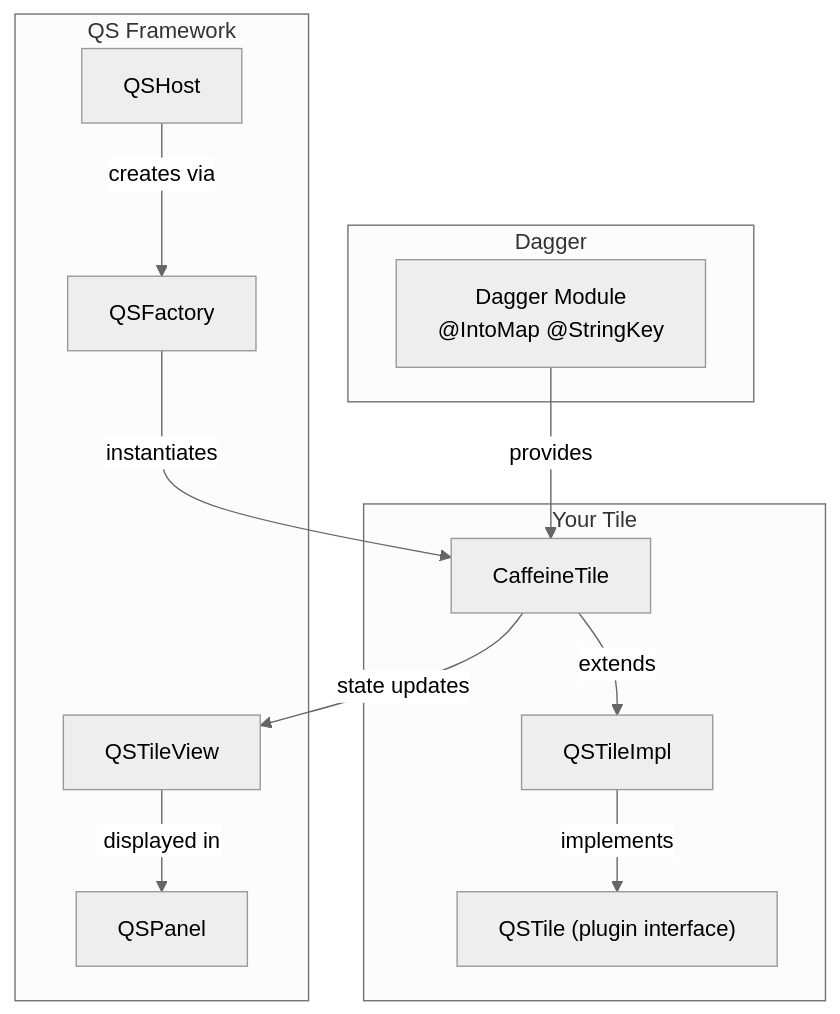
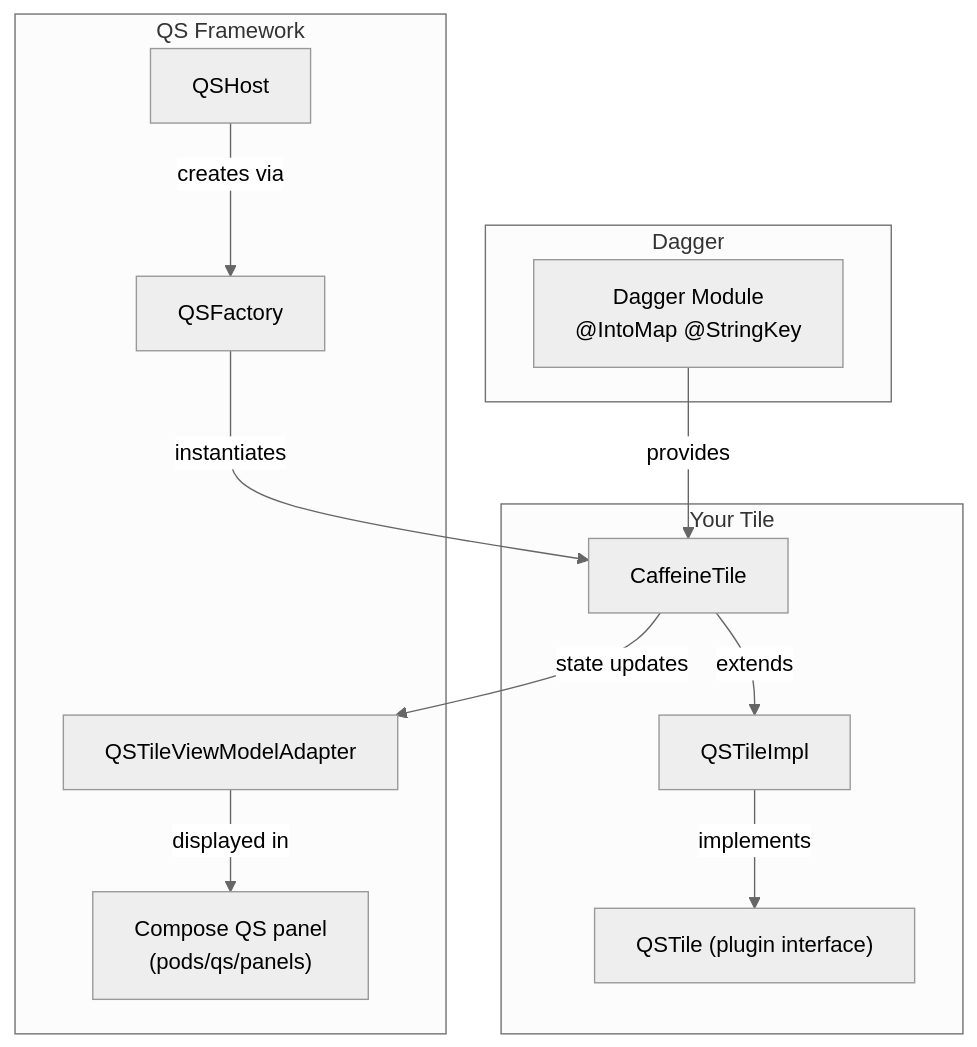
Diagram 31 of 31 in agents/claude/skills/aosp-system-apps/48-systemui.md (aospbooks/aosp-internal-book), drawn with Mermaid (neutral theme) before and after one commit. The commit also changed other lines of this file and 218 other files, not shown here.

````diff
--- a/agents/claude/skills/aosp-system-apps/48-systemui.md
+++ b/agents/claude/skills/aosp-system-apps/48-systemui.md
@@ -4078,22 +4118,22 @@
 ```mermaid
 graph TD
     subgraph "Your Tile"
         CT["CaffeineTile"]
         CT -->|"extends"| QTI["QSTileImpl<BooleanState>"]
         QTI -->|"implements"| QST["QSTile (plugin interface)"]
     end
     subgraph "QS Framework"
         QSH["QSHost"]
         QSF["QSFactory"]
-        QSP["QSPanel"]
-        QTV["QSTileView"]
+        QSP["Compose QS panel<br/>(pods/qs/panels)"]
+        QTV["QSTileViewModelAdapter"]
     end
     subgraph "Dagger"
         MOD["Dagger Module<br/>@IntoMap @StringKey"]
     end
     MOD -->|"provides"| CT
     QSH -->|"creates via"| QSF
     QSF -->|"instantiates"| CT
     CT -->|"state updates"| QTV
     QTV -->|"displayed in"| QSP
 ```
````
